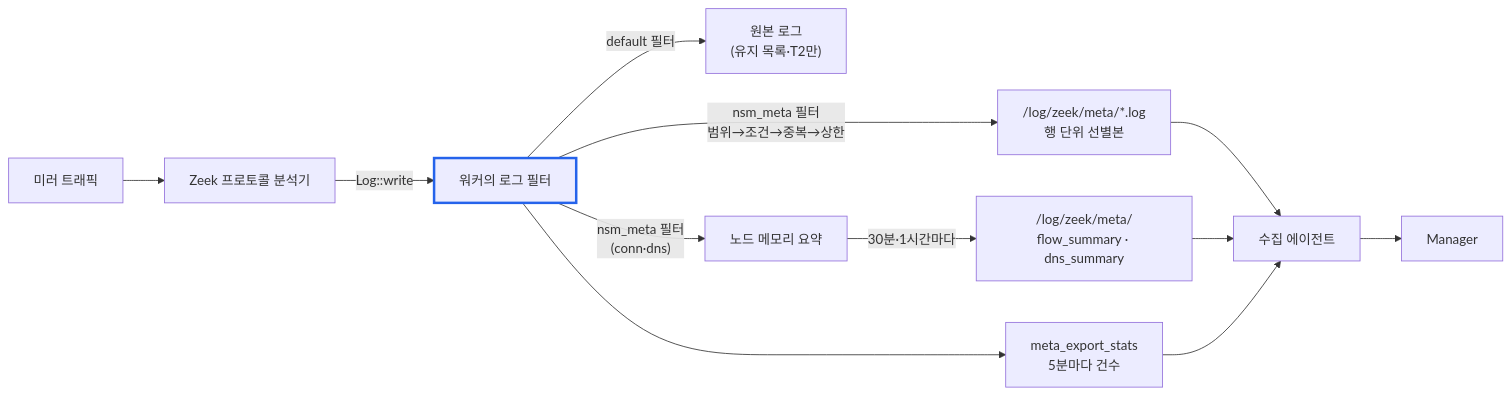
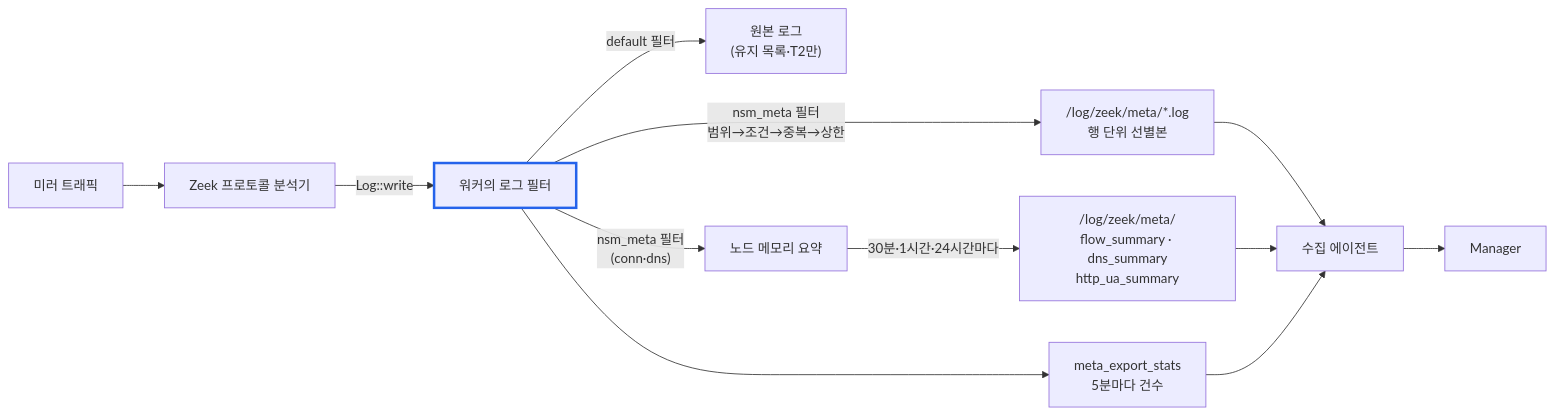
Before and after one commit to kwsjjang8901-ship-it/nsm: the diagram in docs/SRS_METADATA_EXPORT.md, drawn with Mermaid. The commit also changed other lines of this file and 8 other files, not shown here.

First line of the commit message:
tune(metadata): dns_summary 키 축소, http User-Agent 요약 분리, flow 필드 정리, 측정 스크립트 분석 출력

````diff
--- a/docs/SRS_METADATA_EXPORT.md
+++ b/docs/SRS_METADATA_EXPORT.md
@@ -46,15 +46,15 @@
 ```mermaid
 flowchart LR
     T["미러 트래픽"] --> Z["Zeek 프로토콜 분석기"]
     Z -->|"Log::write"| W["워커의 로그 필터"]
     W -->|"default 필터"| R["원본 로그<br/>(유지 목록·T2만)"]
     W -->|"nsm_meta 필터<br/>범위→조건→중복→상한"| M["/log/zeek/meta/*.log<br/>행 단위 선별본"]
     W -->|"nsm_meta 필터<br/>(conn·dns)"| S["노드 메모리 요약"]
-    S -->|"30분·1시간마다"| M2["/log/zeek/meta/<br/>flow_summary · dns_summary"]
+    S -->|"30분·1시간·24시간마다"| M2["/log/zeek/meta/<br/>flow_summary · dns_summary<br/>http_ua_summary"]
     W --> ST["meta_export_stats<br/>5분마다 건수"]
     M --> A["수집 에이전트"]
     M2 --> A
     ST --> A
     A --> MG["Manager"]
     style W stroke:#2563eb,stroke-width:3px
 ```
````
